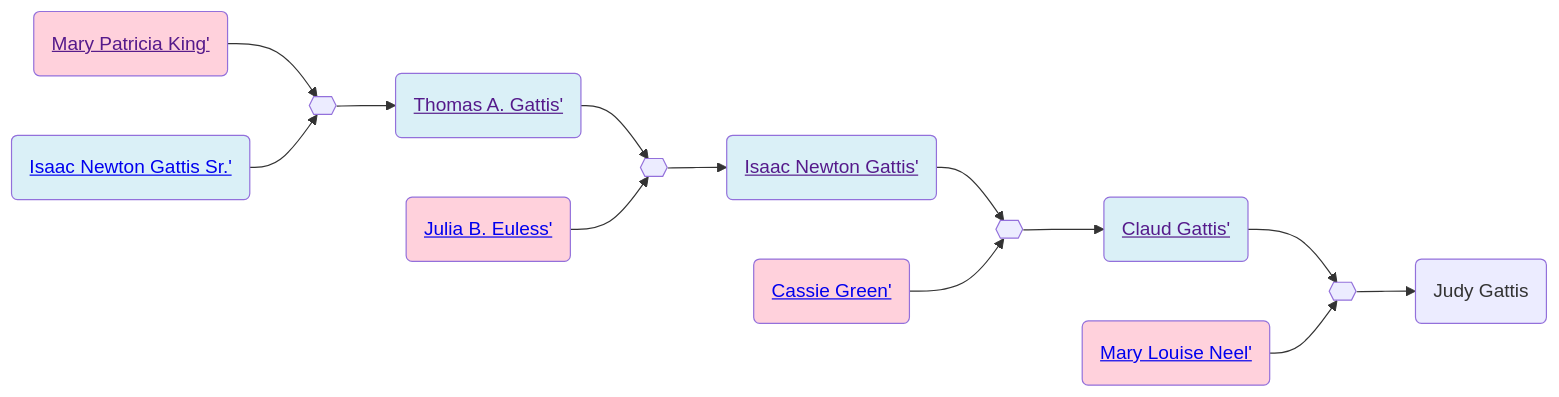
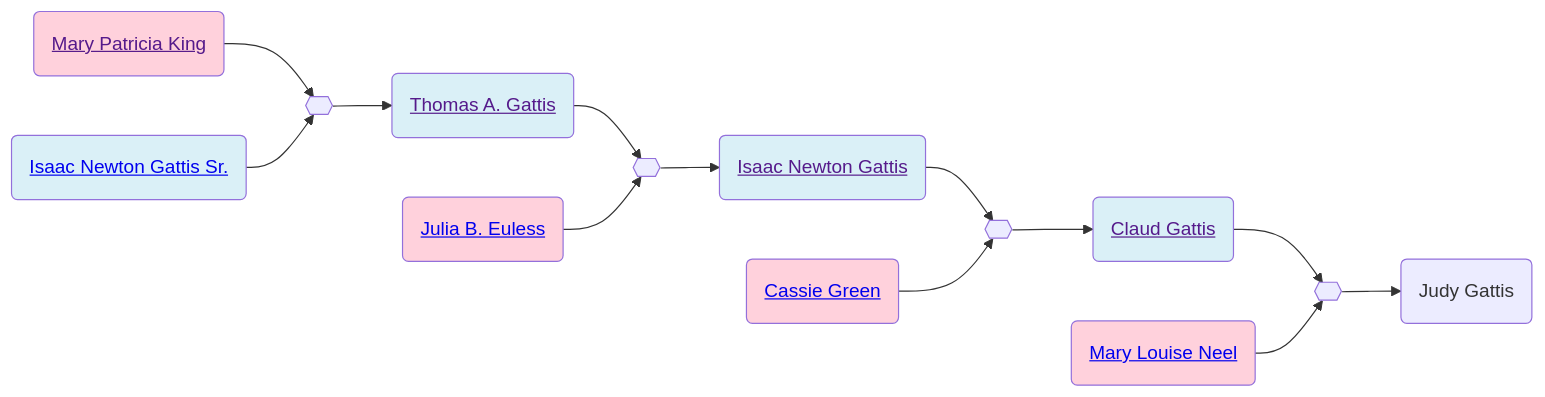
Before and after one commit to neelsmith/avocational: the diagram in familyhistory/sources/people/Gattis-line/Mary_Patricia_King.qmd, drawn with Mermaid. The commit also changed 96 other files, not shown here.

````diff
--- a/familyhistory/sources/people/Gattis-line/Mary_Patricia_King.qmd
+++ b/familyhistory/sources/people/Gattis-line/Mary_Patricia_King.qmd
@@ -26,32 +26,32 @@
 ```{mermaid}
 graph LR
 %% LR descendant diagram
 class Mary_Patricia_King_and_Isaac_Newton_Gattis_Sr. marriage
-Mary_Patricia_King(<a href=''>Mary Patricia King'</>) --> Mary_Patricia_King_and_Isaac_Newton_Gattis_Sr.{{ }}
-Isaac_Newton_Gattis_Sr.(<a href='./Isaac_Newton_Gattis_Sr..html'>Isaac Newton Gattis Sr.'</>) --> Mary_Patricia_King_and_Isaac_Newton_Gattis_Sr.{{ }}
+Mary_Patricia_King(<a href=''>Mary Patricia King</a>) --> Mary_Patricia_King_and_Isaac_Newton_Gattis_Sr.{{ }}
+Isaac_Newton_Gattis_Sr.(<a href='./Isaac_Newton_Gattis_Sr..html'>Isaac Newton Gattis Sr.</a>) --> Mary_Patricia_King_and_Isaac_Newton_Gattis_Sr.{{ }}
 class Isaac_Newton_Gattis_Sr. father
 class Mary_Patricia_King mother
-Mary_Patricia_King_and_Isaac_Newton_Gattis_Sr.{{ }} --> Thomas_A._Gattis(<a href='./Thomas_A._Gattis.html'>Thomas A. Gattis'</>)
+Mary_Patricia_King_and_Isaac_Newton_Gattis_Sr.{{ }} --> Thomas_A._Gattis(<a href='./Thomas_A._Gattis.html'>Thomas A. Gattis</a>)
 class Thomas_A._Gattis_and_Julia_B._Euless marriage
-Thomas_A._Gattis(<a href=''>Thomas A. Gattis'</>) --> Thomas_A._Gattis_and_Julia_B._Euless{{ }}
-Julia_B._Euless(<a href='./Euless-line/Julia_B._Euless.html'>Julia B. Euless'</>) --> Thomas_A._Gattis_and_Julia_B._Euless{{ }}
+Thomas_A._Gattis(<a href=''>Thomas A. Gattis</a>) --> Thomas_A._Gattis_and_Julia_B._Euless{{ }}
+Julia_B._Euless(<a href='./Euless-line/Julia_B._Euless.html'>Julia B. Euless</a>) --> Thomas_A._Gattis_and_Julia_B._Euless{{ }}
 class Thomas_A._Gattis father
 class Julia_B._Euless mother
-Thomas_A._Gattis_and_Julia_B._Euless{{ }} --> Isaac_Newton_Gattis(<a href='./Isaac_Newton_Gattis.html'>Isaac Newton Gattis'</>)
+Thomas_A._Gattis_and_Julia_B._Euless{{ }} --> Isaac_Newton_Gattis(<a href='./Isaac_Newton_Gattis.html'>Isaac Newton Gattis</a>)
 class Isaac_Newton_Gattis_and_Cassie_Green marriage
-Isaac_Newton_Gattis(<a href=''>Isaac Newton Gattis'</>) --> Isaac_Newton_Gattis_and_Cassie_Green{{ }}
-Cassie_Green(<a href='./Green-line/Cassie_Green.html'>Cassie Green'</>) --> Isaac_Newton_Gattis_and_Cassie_Green{{ }}
+Isaac_Newton_Gattis(<a href=''>Isaac Newton Gattis</a>) --> Isaac_Newton_Gattis_and_Cassie_Green{{ }}
+Cassie_Green(<a href='./Green-line/Cassie_Green.html'>Cassie Green</a>) --> Isaac_Newton_Gattis_and_Cassie_Green{{ }}
 class Isaac_Newton_Gattis father
 class Cassie_Green mother
-Isaac_Newton_Gattis_and_Cassie_Green{{ }} --> Claud_Gattis(<a href='./Claud_Gattis.html'>Claud Gattis'</>)
+Isaac_Newton_Gattis_and_Cassie_Green{{ }} --> Claud_Gattis(<a href='./Claud_Gattis.html'>Claud Gattis</a>)
 class Claud_Gattis_and_Mary_Louise_Neel marriage
-Claud_Gattis(<a href=''>Claud Gattis'</>) --> Claud_Gattis_and_Mary_Louise_Neel{{ }}
-Mary_Louise_Neel(<a href='./../Neel-line/Mary_Louise_Neel.html'>Mary Louise Neel'</>) --> Claud_Gattis_and_Mary_Louise_Neel{{ }}
+Claud_Gattis(<a href=''>Claud Gattis</a>) --> Claud_Gattis_and_Mary_Louise_Neel{{ }}
+Mary_Louise_Neel(<a href='./../Neel-line/Mary_Louise_Neel.html'>Mary Louise Neel</a>) --> Claud_Gattis_and_Mary_Louise_Neel{{ }}
 class Claud_Gattis father
 class Mary_Louise_Neel mother
 Claud_Gattis_and_Mary_Louise_Neel{{ }} --> Judy_Gattis(Judy Gattis)
 classDef mother fill:#ffd1dc
 classDef father fill:#daf0f7  
 classDef marriage fill:#ffffff
 
 ```
````
